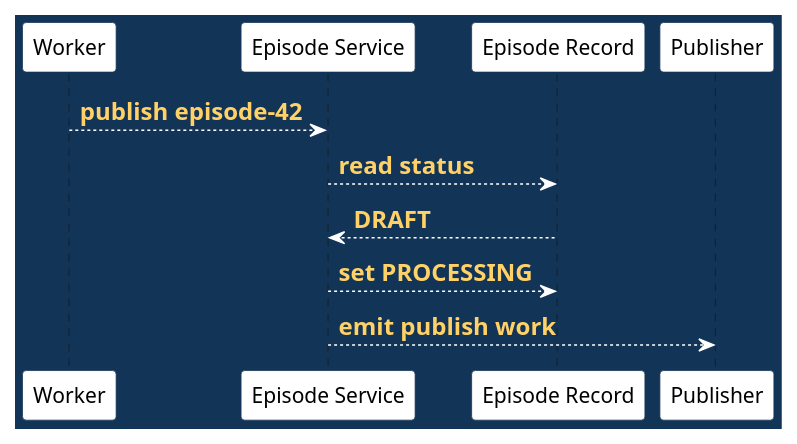
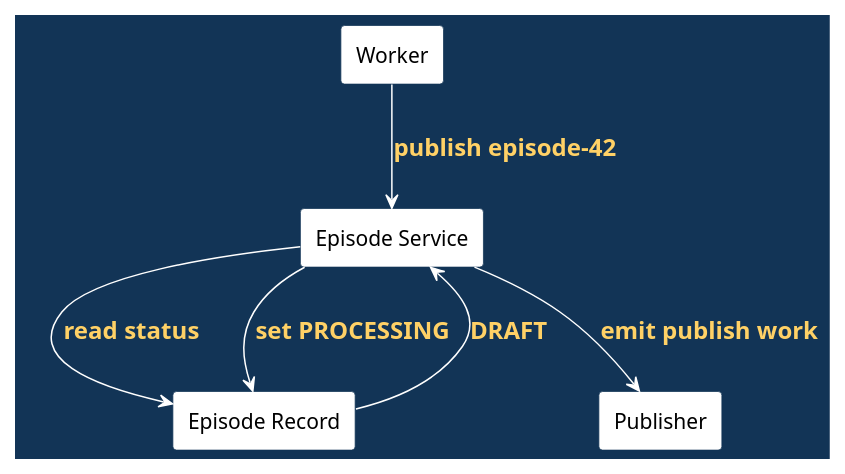
Before and after one commit to madajaju/CS5254: the fourth of 14 diagrams in doc/lectures/week4/validating_fixes/README.slides.adoc, drawn with PlantUML. The commit also changed other lines of this file and 74 other files, not shown here.

```diff
--- a/doc/lectures/week4/validating_fixes/README.slides.adoc
+++ b/doc/lectures/week4/validating_fixes/README.slides.adoc
@@ -136,33 +136,33 @@
 [plantuml,baseline-interaction,svg,width=100%]
 ----
 @startuml
 skinparam BackgroundColor #123456
 skinparam DefaultFontColor black
 skinparam ArrowColor white
 skinparam ArrowFontColor #ffd166
 skinparam ArrowFontStyle bold
 skinparam ArrowFontSize 16
 skinparam shadowing false
 skinparam LifeLineBorderColor white
 skinparam LifeLineBackgroundColor white
 skinparam ParticipantBorderColor #123456
 skinparam ParticipantBackgroundColor white
 skinparam ParticipantFontColor black
 skinparam rectangle {
   BackgroundColor white
   FontColor black
   BorderColor #123456
 }
 
-participant "Worker" as W
-participant "Episode Service" as S
-participant "Episode Record" as R
-participant "Publisher" as P
+rectangle "Worker" as W
+rectangle "Episode Service" as S
+rectangle "Episode Record" as R
+rectangle "Publisher" as P
 
 W --> S : publish episode-42
 S --> R : read status
 R --> S : DRAFT
 S --> R : set PROCESSING
 S --> P : emit publish work
 @enduml
 ----
```
